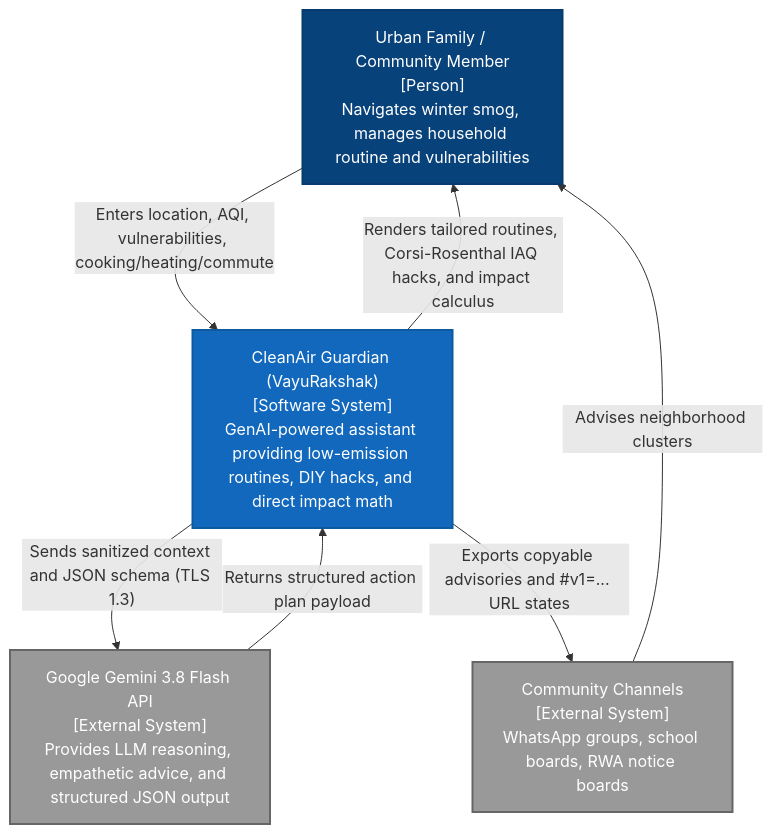
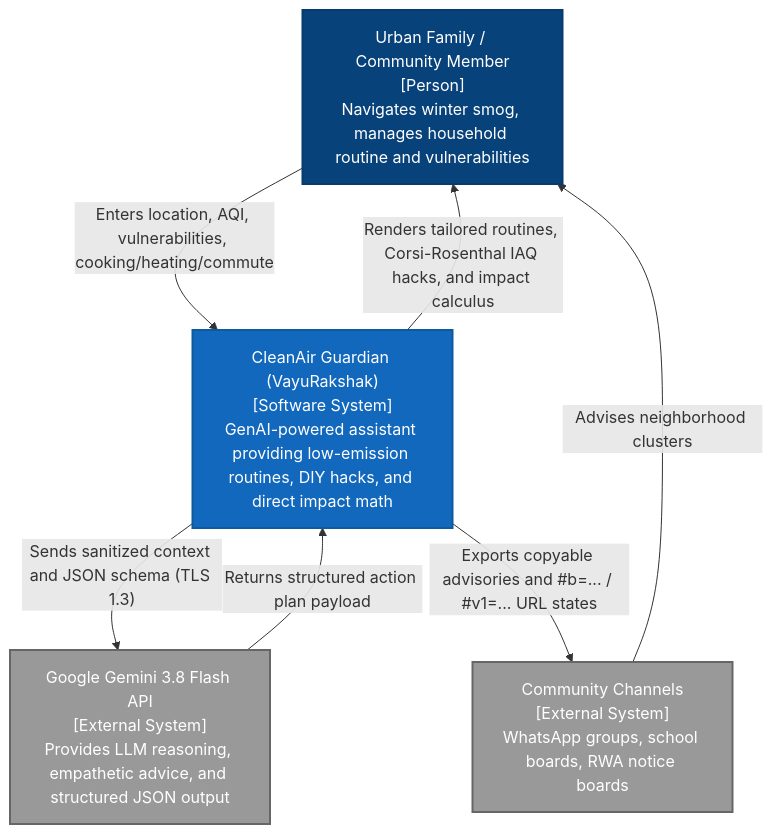
Before and after one commit to piyushmakhija28/prompt-war-challenge-6-clean-air-assistant: the diagram in uml/01-system-context.mmd, drawn with Mermaid. The commit also changed 42 other files, not shown here.

Commit message:
docs(uml): synchronize doc-to-code gaps and generate full 14-diagram UML and Draw.io architecture suites (closes #1)

```diff
--- a/uml/01-system-context.mmd
+++ b/uml/01-system-context.mmd
@@ -1,17 +1,17 @@
 %% C4 Level 1: System Context Diagram for CleanAir Guardian
 graph TD
     classDef person fill:#08427B,stroke:#073B6F,stroke-width:2px,color:#FFF;
     classDef system fill:#1168BD,stroke:#0E5A9E,stroke-width:2px,color:#FFF;
     classDef ext fill:#999999,stroke:#666666,stroke-width:2px,color:#FFF;
 
     USER["Urban Family / Community Member<br/>[Person]<br/>Navigates winter smog, manages household routine and vulnerabilities"]:::person
     SYS["CleanAir Guardian (VayuRakshak)<br/>[Software System]<br/>GenAI-powered assistant providing low-emission routines, DIY hacks, and direct impact math"]:::system
     GEMINI["Google Gemini 3.8 Flash API<br/>[External System]<br/>Provides LLM reasoning, empathetic advice, and structured JSON output"]:::ext
     COMMUNITY["Community Channels<br/>[External System]<br/>WhatsApp groups, school boards, RWA notice boards"]:::ext
 
     USER -->|"Enters location, AQI, vulnerabilities, cooking/heating/commute"| SYS
     SYS -->|"Renders tailored routines, Corsi-Rosenthal IAQ hacks, and impact calculus"| USER
     SYS -->|"Sends sanitized context and JSON schema (TLS 1.3)"| GEMINI
     GEMINI -->|"Returns structured action plan payload"| SYS
-    SYS -->|"Exports copyable advisories and #v1=... URL states"| COMMUNITY
+    SYS -->|"Exports copyable advisories and #b=... / #v1=... URL states"| COMMUNITY
     COMMUNITY -->|"Advises neighborhood clusters"| USER
```
